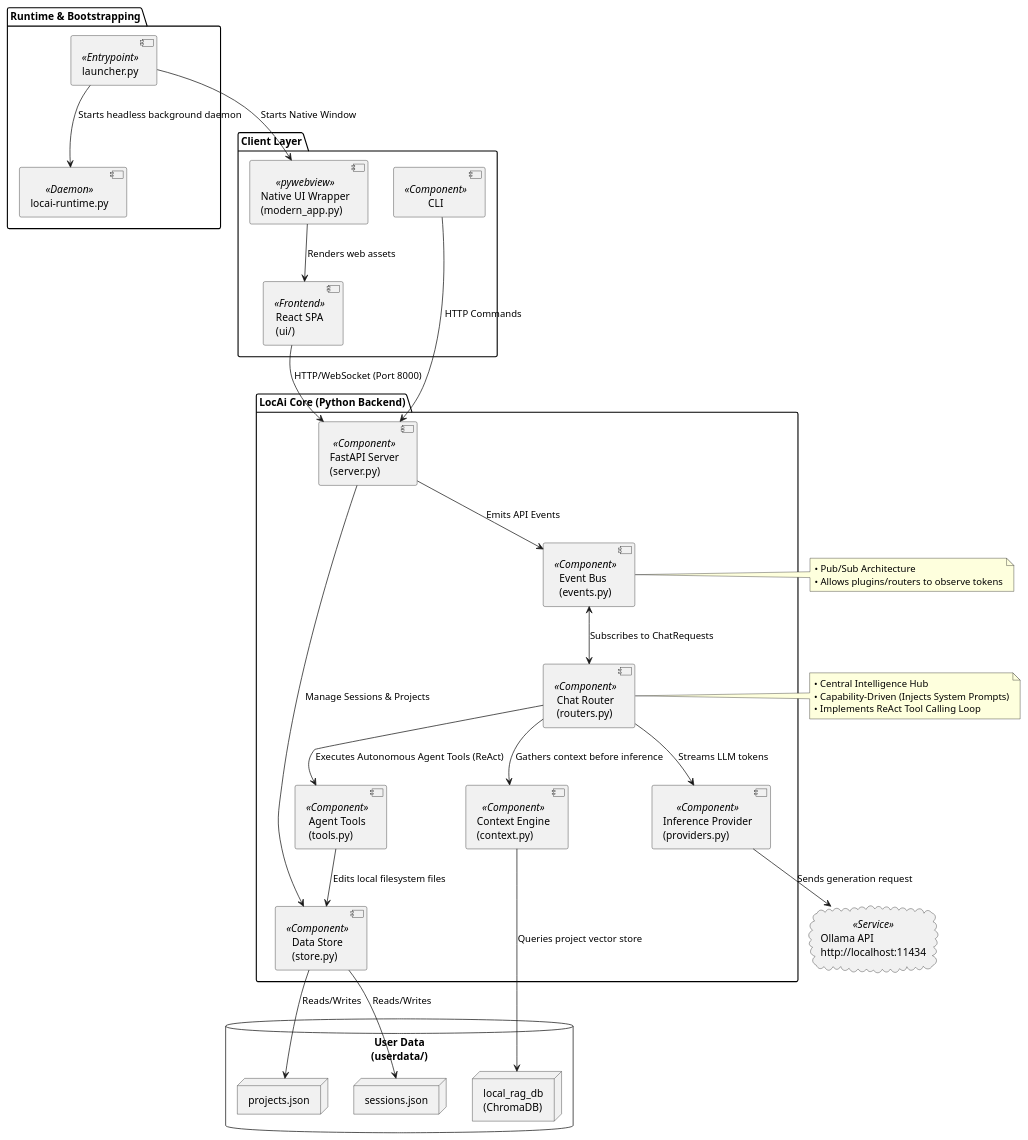
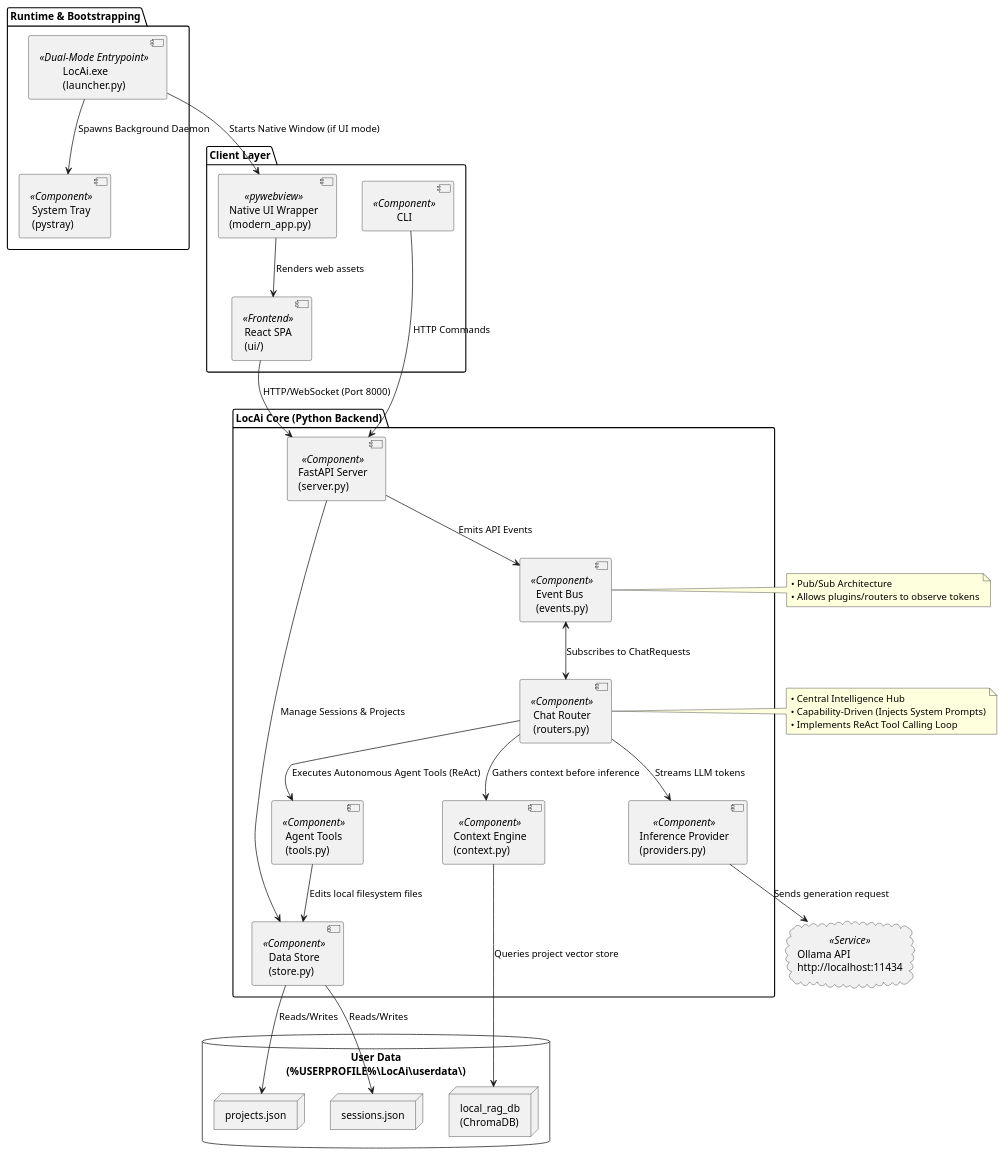
One commit to pranavakshit/LocAi changed the diagram in architecture.puml. Above: the diagram before and after it, drawn with PlantUML. The commit also changed 1 other file, not shown here.

Commit message:
docs: update README and architecture diagrams for v1.0.0

```diff
--- a/architecture.puml
+++ b/architecture.puml
@@ -1,80 +1,80 @@
 @startuml
 ' ==========================================================
 ' LocAi Architecture vNext – Capability-Driven Agent Platform
 ' ==========================================================
 
 package "LocAi Core (Python Backend)" {
   [FastAPI Server\n(server.py)]    as server     <<Component>>
   [Event Bus\n(events.py)]         as eventbus   <<Component>>
   [Chat Router\n(routers.py)]      as router     <<Component>>
   [Context Engine\n(context.py)]   as context    <<Component>>
   [Inference Provider\n(providers.py)] as provider <<Component>>
   [Data Store\n(store.py)]         as store      <<Component>>
   [Agent Tools\n(tools.py)]        as tools      <<Component>>
 }
 
 package "Client Layer" {
   [Native UI Wrapper\n(modern_app.py)] as gui <<pywebview>>
   [React SPA\n(ui/)] as react <<Frontend>>
   [CLI] as cli <<Component>>
 }
 
 package "Runtime & Bootstrapping" {
-  [locai-runtime.py] as runtime <<Daemon>>
-  [launcher.py] as launcher <<Entrypoint>>
+  [LocAi.exe\n(launcher.py)] as launcher <<Dual-Mode Entrypoint>>
+  [System Tray\n(pystray)] as tray <<Component>>
 }
 
 ' ==========================================================
 ' Internal Data Stores
 ' ==========================================================
-database "User Data\n(userdata/)" {
+database "User Data\n(%USERPROFILE%\\LocAi\\userdata\\)" {
   node "projects.json" as projects
   node "sessions.json" as sessions
   node "local_rag_db\n(ChromaDB)" as db
 }
 
 ' ==========================================================
 ' External Services
 ' ==========================================================
 cloud "Ollama API\nhttp://localhost:11434" as ollama <<Service>>
 
 ' ==========================================================
 ' Relationships – Execution Flow
 ' ==========================================================
-launcher --> runtime : Starts headless background daemon
-launcher --> gui : Starts Native Window
+launcher --> tray : Spawns Background Daemon
+launcher --> gui : Starts Native Window (if UI mode)
 
 gui --> react : Renders web assets
 react --> server : HTTP/WebSocket (Port 8000)
 cli --> server : HTTP Commands
 
 server --> store : Manage Sessions & Projects
 server --> eventbus : Emits API Events
 eventbus <--> router : Subscribes to ChatRequests
 
 router --> context : Gathers context before inference
 context --> db : Queries project vector store
 router --> provider : Streams LLM tokens
 provider --> ollama : Sends generation request
 
 router --> tools : Executes Autonomous Agent Tools (ReAct)
 tools --> store : Edits local filesystem files
 
 store --> projects : Reads/Writes
 store --> sessions : Reads/Writes
 
 ' ==========================================================
 ' Additional Notes
 ' ==========================================================
 note right of router
   • Central Intelligence Hub
   • Capability-Driven (Injects System Prompts)
   • Implements ReAct Tool Calling Loop
 end note
 
 note right of eventbus
   • Pub/Sub Architecture
   • Allows plugins/routers to observe tokens
 end note
 
 @enduml
```
